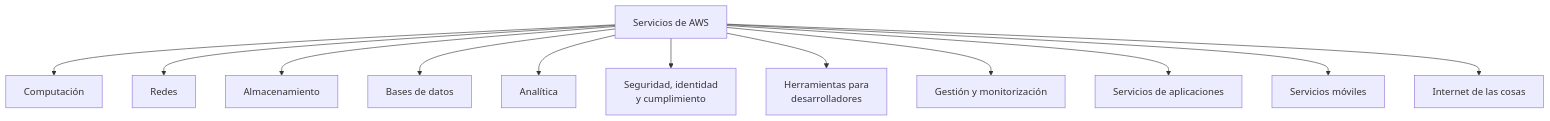
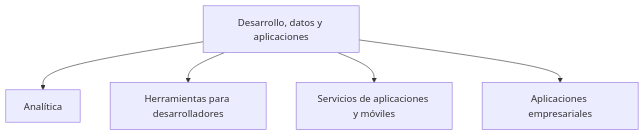
One commit to seguidodoblado/AWS-DVA-C02_AWS-DOP-C01 changed the fourth of 5 diagrams in docs/guia-del-estudiante/01-aws-technical-essentials/modulos/01-introduccion-a-amazon-web-services.md. Above: the diagram before and after it, drawn with Mermaid. The commit also changed other lines of this file, not shown here.

Commit message:
Update module 1

````diff
--- a/docs/guia-del-estudiante/01-aws-technical-essentials/modulos/01-introduccion-a-amazon-web-services.md
+++ b/docs/guia-del-estudiante/01-aws-technical-essentials/modulos/01-introduccion-a-amazon-web-services.md
@@ -106,14 +118,7 @@
 ```mermaid
 flowchart TD
-    A["Servicios de AWS"] --> B["Computación"]
-    A --> C["Redes"]
-    A --> D["Almacenamiento"]
-    A --> E["Bases de datos"]
-    A --> F["Analítica"]
-    A --> G["Seguridad, identidad<br/>y cumplimiento"]
-    A --> H["Herramientas para<br/>desarrolladores"]
-    A --> I["Gestión y monitorización"]
-    A --> J["Servicios de aplicaciones"]
-    A --> K["Servicios móviles"]
-    A --> L["Internet de las cosas"]
+    A["Desarrollo, datos y aplicaciones"] --> B["Analítica"]
+    A --> C["Herramientas para desarrolladores"]
+    A --> D["Servicios de aplicaciones y móviles"]
+    A --> E["Aplicaciones empresariales"]
 ```
````
